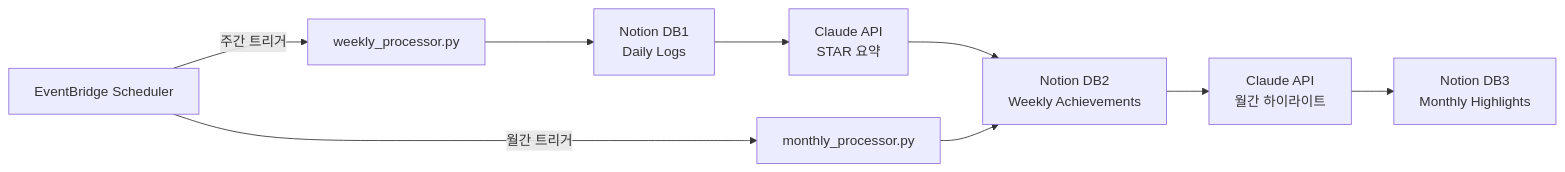
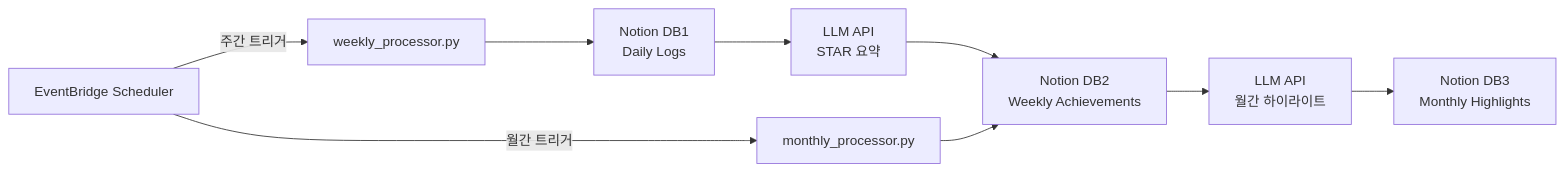
Before and after one commit to gogo1414/work-logging-system: the second of 3 diagrams in README.md, drawn with Mermaid. The commit also changed other lines of this file and 1 other file, not shown here.

First line of the commit message:
docs: Render 배포 및 LLM 선택 가이드 추가

````diff
--- a/README.md
+++ b/README.md
@@ -50,11 +52,11 @@
 ```mermaid
 flowchart LR
     A[EventBridge Scheduler] -->|주간 트리거| B[weekly_processor.py]
     A -->|월간 트리거| C[monthly_processor.py]
     B --> D[Notion DB1<br/>Daily Logs]
-    D --> E[Claude API<br/>STAR 요약]
+    D --> E[LLM API<br/>STAR 요약]
     E --> F[Notion DB2<br/>Weekly Achievements]
     C --> F
-    F --> G[Claude API<br/>월간 하이라이트]
+    F --> G[LLM API<br/>월간 하이라이트]
     G --> H[Notion DB3<br/>Monthly Highlights]
 ```
````
